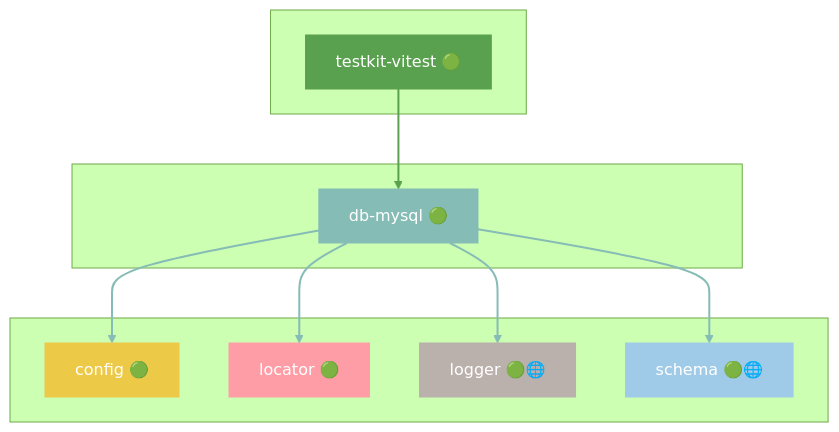
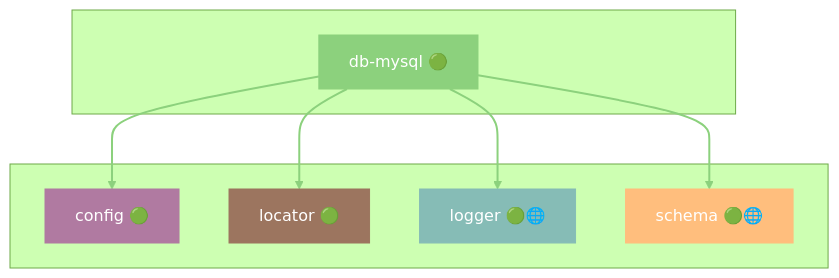
Before and after one commit to grest-ts/grest-ts: diagram 13 of 46 in docs/DEPENDENCIES.md, drawn with Mermaid (forest theme). The commit also changed other lines of this file and 59 other files, not shown here.

````diff
--- a/docs/DEPENDENCIES.md
+++ b/docs/DEPENDENCIES.md
@@ -761,31 +777,25 @@
 ```mermaid
 flowchart TB
-    subgraph Dependents[" "]
-        testkit-vitest["testkit-vitest 🟢"]
-    end
     subgraph Package[" "]
         db-mysql["db-mysql 🟢"]
     end
     subgraph Dependencies[" "]
         config["config 🟢"]
         locator["locator 🟢"]
         logger["logger 🟢🌐"]
         schema["schema 🟢🌐"]
     end
-    testkit-vitest --> db-mysql
     db-mysql --> config
     db-mysql --> locator
     db-mysql --> logger
     db-mysql --> schema
-    style db-mysql fill:#86BCB6,stroke:#86BCB6,color:#fff
-    style testkit-vitest fill:#59A14F,stroke:#59A14F,color:#fff
-    style config fill:#EDC948,stroke:#EDC948,color:#fff
-    style locator fill:#FF9DA7,stroke:#FF9DA7,color:#fff
-    style logger fill:#BAB0AC,stroke:#BAB0AC,color:#fff
-    style schema fill:#A0CBE8,stroke:#A0CBE8,color:#fff
-    linkStyle 0 stroke:#59A14F,stroke-width:2px
-    linkStyle 1 stroke:#86BCB6,stroke-width:2px
-    linkStyle 2 stroke:#86BCB6,stroke-width:2px
-    linkStyle 3 stroke:#86BCB6,stroke-width:2px
-    linkStyle 4 stroke:#86BCB6,stroke-width:2px
+    style db-mysql fill:#8CD17D,stroke:#8CD17D,color:#fff
+    style config fill:#B07AA1,stroke:#B07AA1,color:#fff
+    style locator fill:#9C755F,stroke:#9C755F,color:#fff
+    style logger fill:#86BCB6,stroke:#86BCB6,color:#fff
+    style schema fill:#FFBE7D,stroke:#FFBE7D,color:#fff
+    linkStyle 0 stroke:#8CD17D,stroke-width:2px
+    linkStyle 1 stroke:#8CD17D,stroke-width:2px
+    linkStyle 2 stroke:#8CD17D,stroke-width:2px
+    linkStyle 3 stroke:#8CD17D,stroke-width:2px
 ```
````
